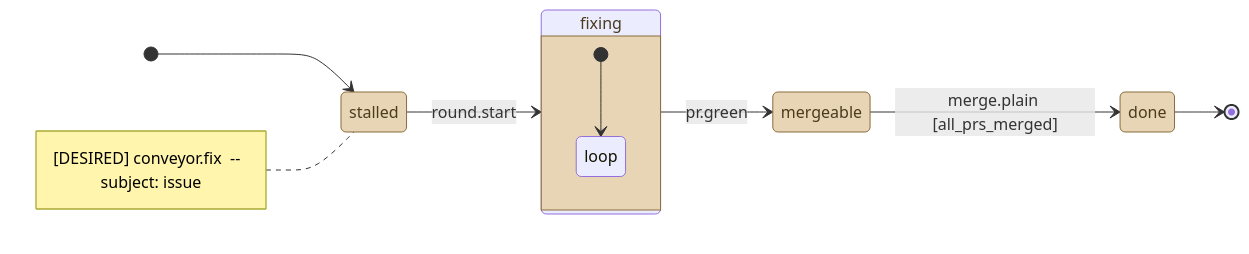
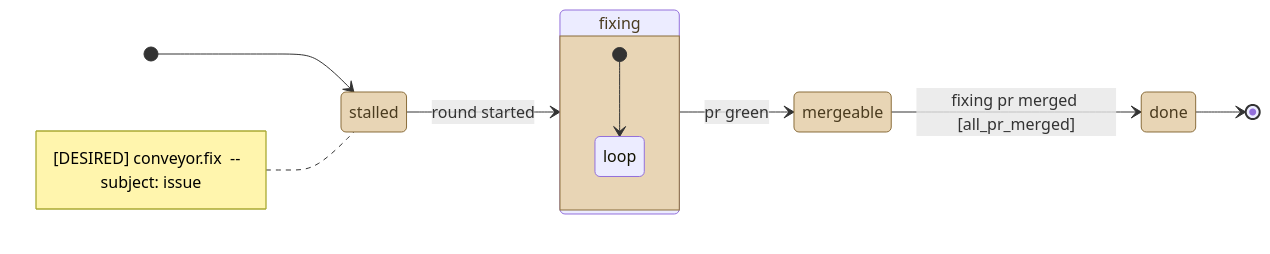
The diagram in .github/conveyor-model/mermaid/desired/conveyor_fix.mmd (kostiantyn-matsebora/agent-ops-operator), drawn with Mermaid before and after one commit. The commit also changed 4 other files, not shown here.

```diff
--- a/.github/conveyor-model/mermaid/desired/conveyor_fix.mmd
+++ b/.github/conveyor-model/mermaid/desired/conveyor_fix.mmd
@@ -1,21 +1,21 @@
 stateDiagram-v2
     direction LR
     [*] --> stalled
     note left of stalled
         [DESIRED] conveyor.fix  --  subject: issue
     end note
     classDef stationState fill:#e8d5b5,stroke:#8a6d3b,color:#4a3b1f
     classDef loopState fill:#c9e4de,stroke:#2f6b5e,color:#1a3b33
     state stalled
     state fixing
     state mergeable
     state done
-    stalled --> fixing : round.start
-    fixing --> mergeable : pr.green
-    mergeable --> done : merge.plain [all_prs_merged]
+    stalled --> fixing : round started
+    fixing --> mergeable : pr green
+    mergeable --> done : fixing pr merged [all_pr_merged]
     done --> [*]
     class stalled, fixing, mergeable, done stationState
     state fixing {
         [*] --> loop
         state "loop" as loop
     }
```
